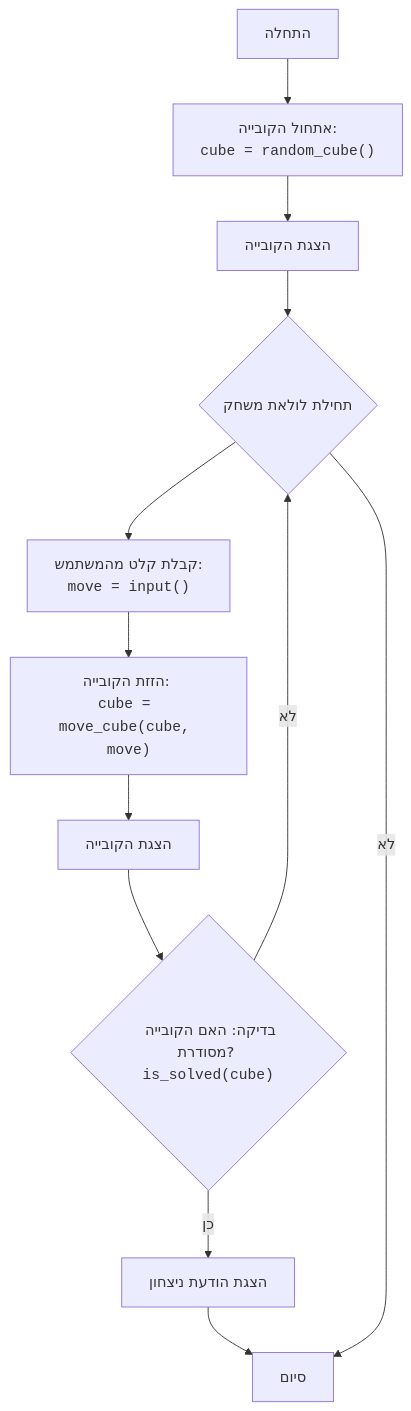
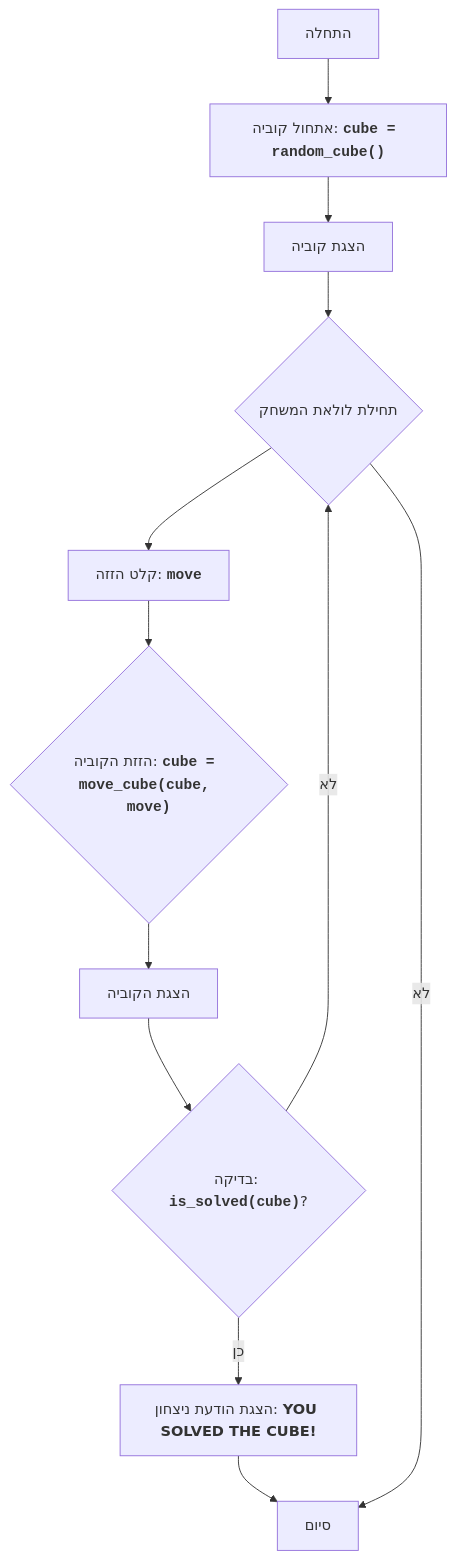
The diagram in docs/gemini/he/explainer/src/endpoints/ai_games/101_basic_computer_games/ru/GAMES/CUBE/README.MD.md (hypo69/hypo), drawn with Mermaid before and after one commit. The commit also changed other lines of this file and 885 other files, not shown here.

````diff
--- a/docs/gemini/he/explainer/src/endpoints/ai_games/101_basic_computer_games/ru/GAMES/CUBE/README.MD.md
+++ b/docs/gemini/he/explainer/src/endpoints/ai_games/101_basic_computer_games/ru/GAMES/CUBE/README.MD.md
@@ -88,14 +41,14 @@
 ```mermaid
 flowchart TD
-    Start["התחלה"] --> InitializeCube["אתחול הקובייה: <br><code>cube = random_cube()</code>"];
-    InitializeCube --> DisplayInitialCube["הצגת הקובייה"];
-    DisplayInitialCube --> GameLoopStart{"תחילת לולאת משחק"};
-    GameLoopStart --> GetUserInput["קבלת קלט מהמשתמש: <br><code>move = input()</code>"];
-    GetUserInput --> MoveCube["הזזת הקובייה: <br><code>cube = move_cube(cube, move)</code>"];
-    MoveCube --> DisplayCube["הצגת הקובייה"];
-    DisplayCube --> CheckIfSolved{"בדיקה: האם הקובייה מסודרת? <br><code>is_solved(cube)</code>"};
-    CheckIfSolved -- כן --> DisplayWinMessage["הצגת הודעת ניצחון"] ;
-    DisplayWinMessage --> End["סיום"];
-    CheckIfSolved -- לא --> GameLoopStart;
-    GameLoopStart -- לא --> End;
+    Start["התחלה"] --> InitializeCube["אתחול קוביה: <code><b>cube = random_cube()</b></code>"]
+    InitializeCube --> DisplayCube["הצגת קוביה"]
+    DisplayCube --> GameLoopStart{"תחילת לולאת המשחק"}
+    GameLoopStart --> InputMove["קלט הזזה: <code><b>move</b></code>"]
+    InputMove --> MoveCube{"הזזת הקוביה: <code><b>cube = move_cube(cube, move)</b></code>"}
+    MoveCube --> DisplayCubeAgain["הצגת הקוביה"]
+    DisplayCubeAgain --> CheckSolved{"בדיקה: <code><b>is_solved(cube)</b></code>?"}
+    CheckSolved -- כן --> OutputWin["הצגת הודעת ניצחון: <b>YOU SOLVED THE CUBE!</b>"]
+    OutputWin --> End["סיום"]
+    CheckSolved -- לא --> GameLoopStart
+    GameLoopStart -- לא --> End
 ```
````
